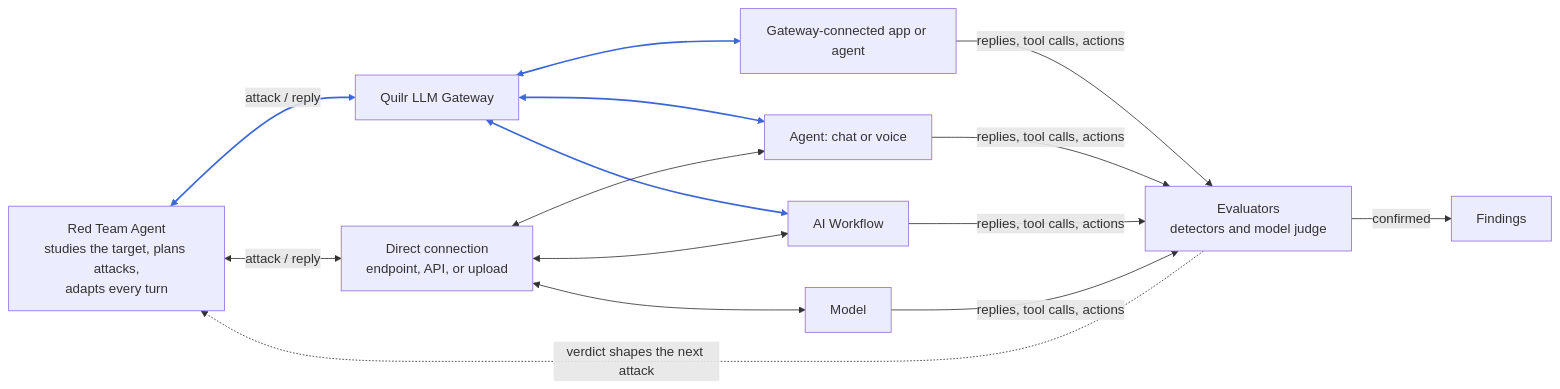
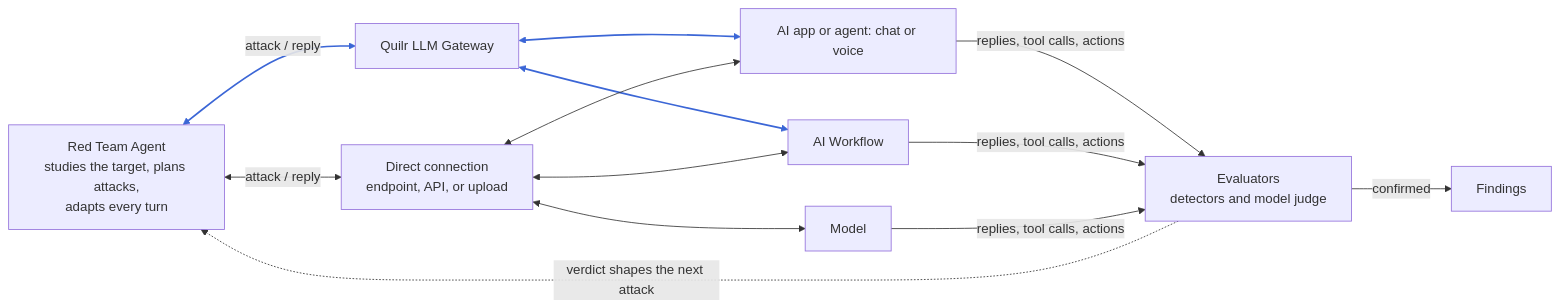
One commit to quilrai/docs changed the diagram in docs/red-teaming/get-started/how-it-works.md. Above: the diagram before and after it, drawn with Mermaid. The commit also changed other lines of this file and 23 other files, not shown here.

Commit message:
Red Teaming: merge Gateway-connected into AI App / Agent, update mode screenshots

````diff
--- a/docs/red-teaming/get-started/how-it-works.md
+++ b/docs/red-teaming/get-started/how-it-works.md
@@ -16,24 +16,22 @@
 ```mermaid
 flowchart LR
   RTA["Red Team Agent<br/>studies the target, plans attacks,<br/>adapts every turn"]
   GW["Quilr LLM Gateway"]
   DC["Direct connection<br/>endpoint, API, or upload"]
-  T1["Gateway-connected app or agent"]
-  T2["Agent: chat or voice"]
+  T2["AI app or agent: chat or voice"]
   T3["AI Workflow"]
   T4["Model"]
   EV["Evaluators<br/>detectors and model judge"]
   F["Findings"]
   RTA <-->|"attack / reply"| GW
   RTA <-->|"attack / reply"| DC
-  GW <--> T1
   GW <--> T2
   GW <--> T3
   DC <--> T2
   DC <--> T3
   DC <--> T4
-  T1 & T2 & T3 & T4 -->|"replies, tool calls, actions"| EV
+  T2 & T3 & T4 -->|"replies, tool calls, actions"| EV
   EV -.->|"verdict shapes the next attack"| RTA
   EV -->|"confirmed"| F
-  linkStyle 0,2,3,4 stroke:#3b66d6,stroke-width:2px
+  linkStyle 0,2,3 stroke:#3b66d6,stroke-width:2px
 ```
````
